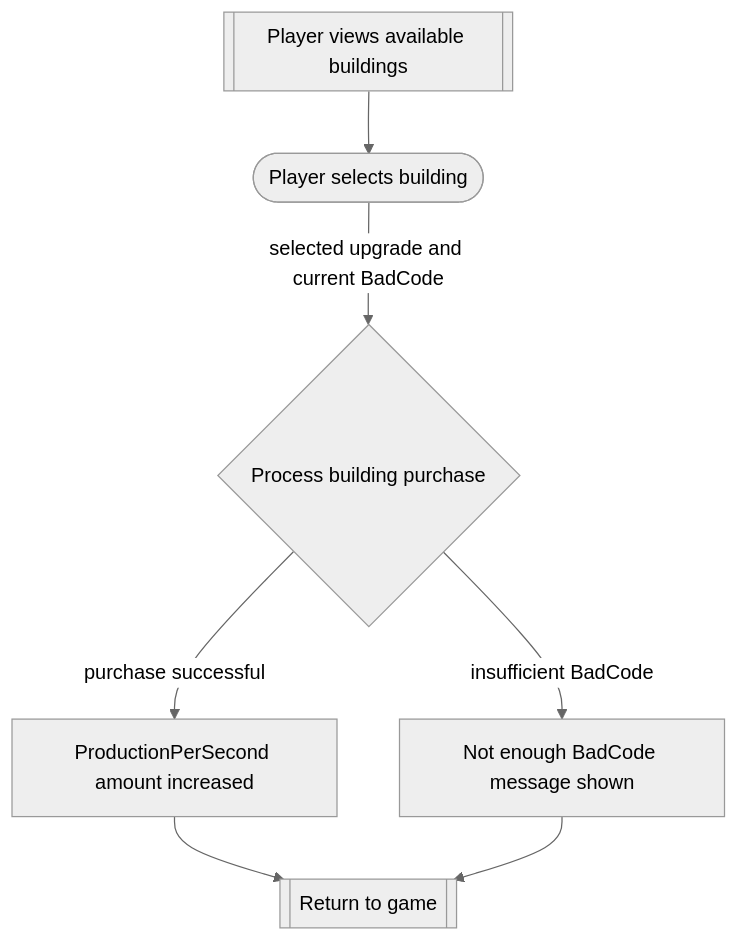
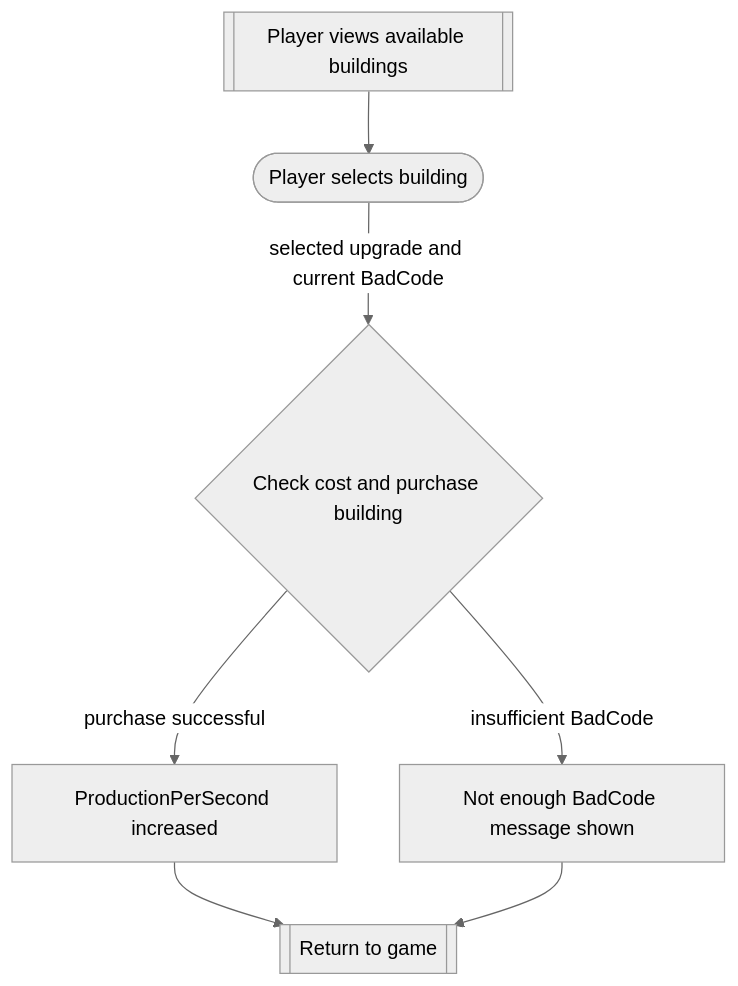
One commit to MoulikB/2452-project changed the fifth of 6 diagrams in flows.md. Above: the diagram before and after it, drawn with Mermaid (neutral theme). The commit also changed other lines of this file and 2 other files, not shown here.

Commit message:
Updated domain flows and sql

````diff
--- a/flows.md
+++ b/flows.md
@@ -62,16 +103,16 @@
 ```mermaid
 flowchart TD
     view[[Player views available buildings]]
     select([Player selects building])
-    process{Process building purchase}
-    success[ProductionPerSecond amount increased]
+    process{Check cost and purchase building}
+    success[ProductionPerSecond increased]
     fail[Not enough BadCode message shown]
     endUpgrade[[Return to game]]
 
     view --> select
     select -- selected upgrade and current BadCode --> process
     process -- purchase successful --> success
     process -- insufficient BadCode --> fail
     success --> endUpgrade
     fail --> endUpgrade
 ```
````
